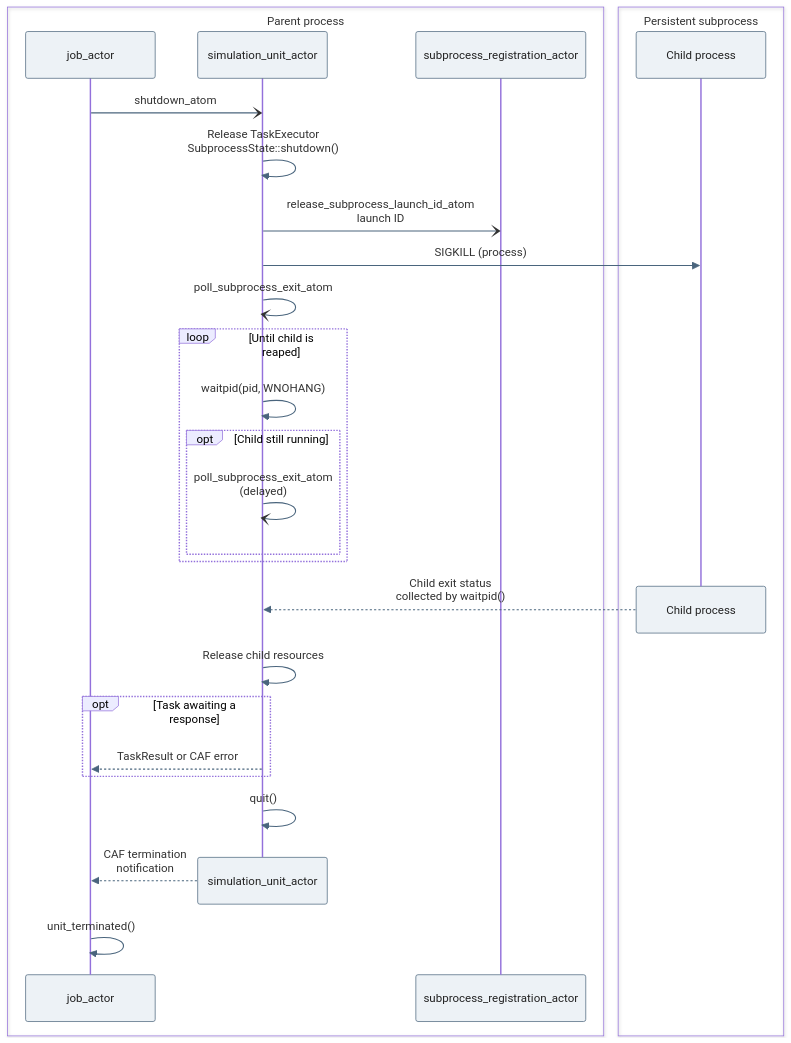
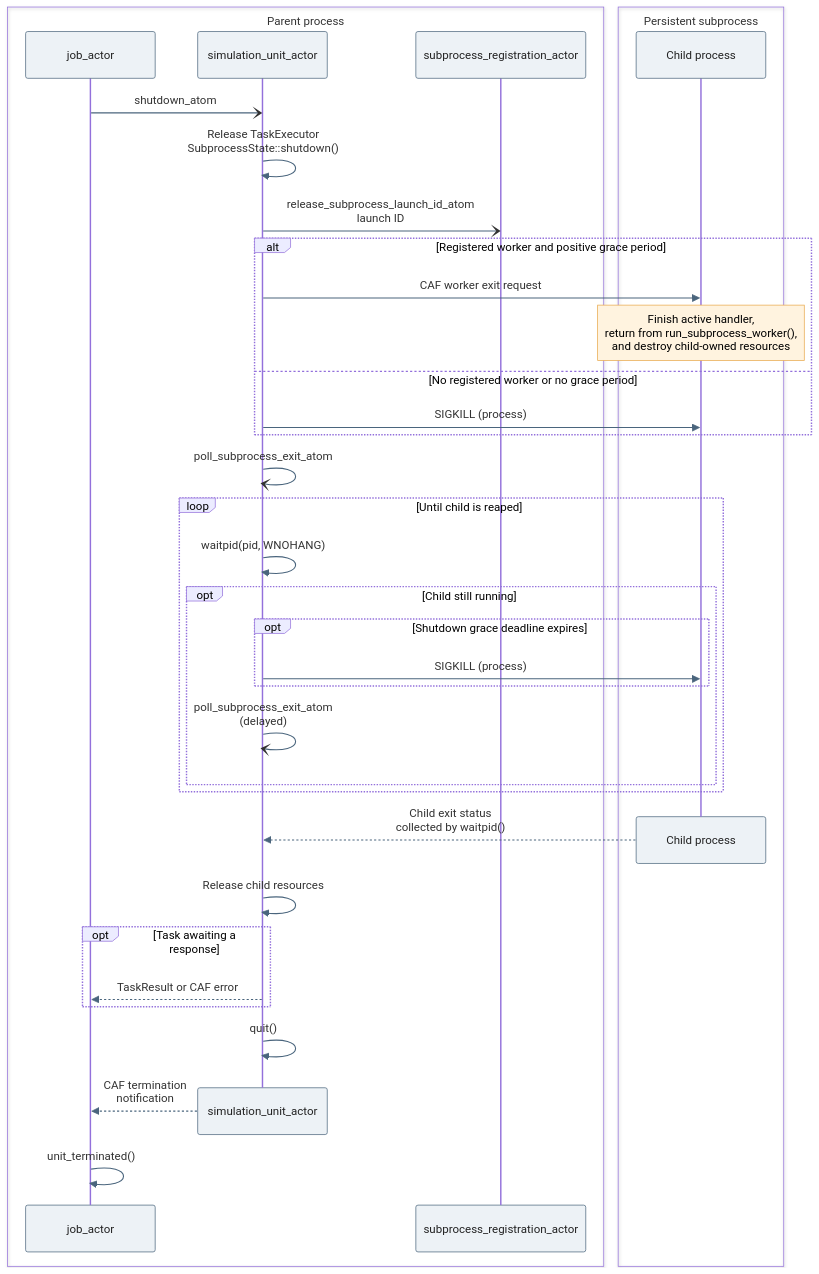
Before and after one commit to uofs-simlab/miaow-framework: the diagram in docs/diagrams/subprocess_cleanup.mmd, drawn with Mermaid. The commit also changed 13 other files, not shown here.

Commit message:
add shutdown grace period

```diff
--- a/docs/diagrams/subprocess_cleanup.mmd
+++ b/docs/diagrams/subprocess_cleanup.mmd
@@ -1,52 +1,60 @@
 ---
 config:
   sequence:
     useMaxWidth: true
     mirrorActors: true
     width: 180
     actorMargin: 50
     diagramMarginX: 50
     diagramMarginY: 12
     messageMargin: 18
     actorFontSize: 14
     messageFontSize: 14
     noteFontSize: 14
   themeVariables:
     actorBkg: "#edf2f6"
     actorBorder: "#4a657d"
     actorTextColor: "#222222"
     signalColor: "#4a657d"
     noteBkgColor: "#fff3df"
     noteBorderColor: "#e8a84b"
 ---
 sequenceDiagram
     box transparent Parent process
         participant J as job_actor
         participant U as simulation_unit_actor
         participant Reg as subprocess_registration_actor
     end
     box transparent Persistent subprocess
         participant P as Child process
     end
 
     J-)U: shutdown_atom
     U->>U: Release TaskExecutor<br/>SubprocessState::shutdown()
     U-)Reg: release_subprocess_launch_id_atom<br/>launch ID
-    U->>P: SIGKILL (process)
+    alt Registered worker and positive grace period
+        U->>P: CAF worker exit request
+        Note over P: Finish active handler,<br/>return from run_subprocess_worker(),<br/>and destroy child-owned resources
+    else No registered worker or no grace period
+        U->>P: SIGKILL (process)
+    end
     U-)U: poll_subprocess_exit_atom
     loop Until child is reaped
         U->>U: waitpid(pid, WNOHANG)
         opt Child still running
+            opt Shutdown grace deadline expires
+                U->>P: SIGKILL (process)
+            end
             U-)U: poll_subprocess_exit_atom<br/>(delayed)
         end
     end
     destroy P
     P-->>U: Child exit status<br/>collected by waitpid()
     U->>U: Release child resources
     opt Task awaiting a response
         U-->>J: TaskResult or CAF error
     end
     U->>U: quit()
     destroy U
     U-->>J: CAF termination<br/>notification
     J->>J: unit_terminated()
```
